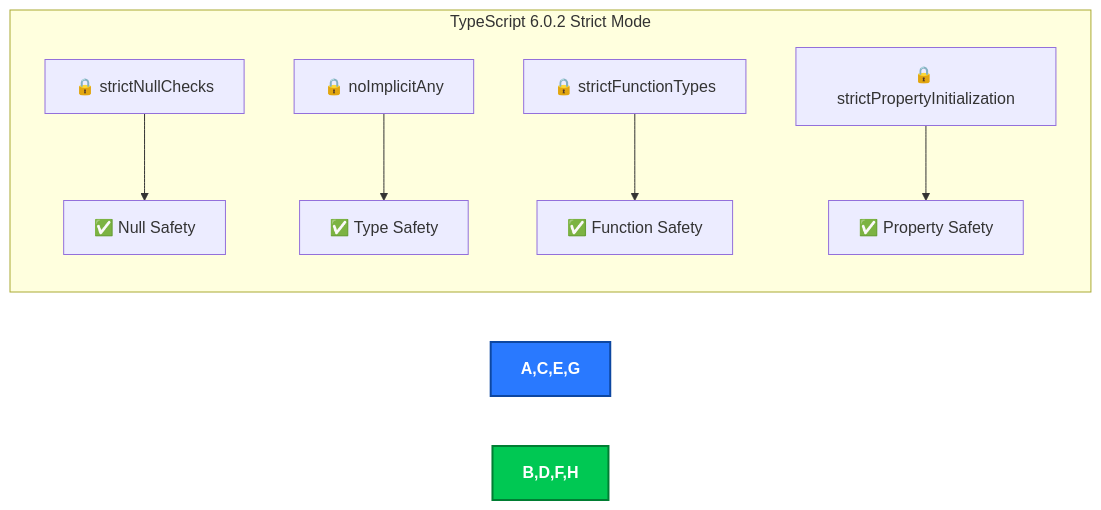
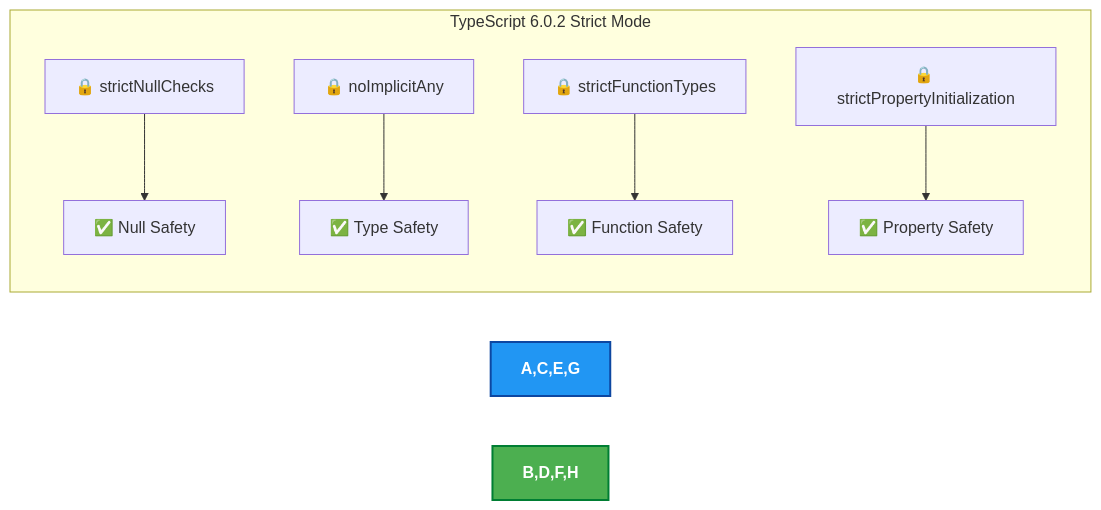
One commit to step-security-bot/cia-compliance-manager changed diagram 19 of 32 in docs/architecture/SECURITY_ARCHITECTURE.md. Above: the diagram before and after it, drawn with Mermaid. The commit also changed other lines of this file and 27 other files, not shown here.

First line of the commit message:
fix: resolve broken mermaid diagrams and improve color coding to match ISMS style guide (#1106)

````diff
--- a/docs/architecture/SECURITY_ARCHITECTURE.md
+++ b/docs/architecture/SECURITY_ARCHITECTURE.md
@@ -1342,12 +1342,12 @@
 ```mermaid
 flowchart LR
     subgraph "TypeScript 6.0.2 Strict Mode"
         A[🔒 strictNullChecks] --> B[✅ Null Safety]
         C[🔒 noImplicitAny] --> D[✅ Type Safety]
         E[🔒 strictFunctionTypes] --> F[✅ Function Safety]
         G[🔒 strictPropertyInitialization] --> H[✅ Property Safety]
     end
 
-    style A,C,E,G fill:#2979FF,stroke:#0D47A1,stroke-width:2px,color:white,font-weight:bold
-    style B,D,F,H fill:#00C853,stroke:#007E33,stroke-width:2px,color:white,font-weight:bold
+    style A,C,E,G fill:#2196F3,stroke:#0D47A1,stroke-width:2px,color:white,font-weight:bold
+    style B,D,F,H fill:#4CAF50,stroke:#007E33,stroke-width:2px,color:white,font-weight:bold
 ```
````
